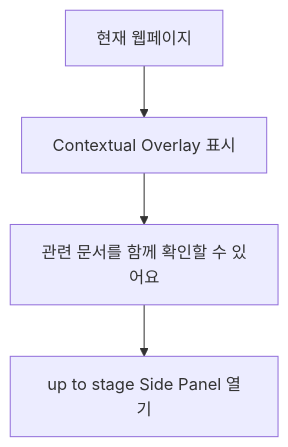
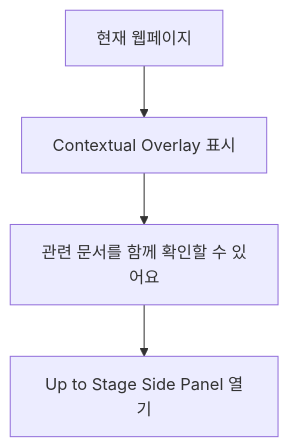
One commit to hellosunghyun/up2stage changed the second of 13 diagrams in README.md. Above: the diagram before and after it, drawn with Mermaid. The commit also changed other lines of this file and 28 other files, not shown here.

````diff
--- a/README.md
+++ b/README.md
@@ -53,6 +53,6 @@
 ```mermaid
 flowchart TD
     A[현재 웹페이지] --> B[Contextual Overlay 표시]
     B --> C["관련 문서를 함께 확인할 수 있어요"]
-    C --> D[up to stage Side Panel 열기]
+    C --> D[Up to Stage Side Panel 열기]
 ```
````
